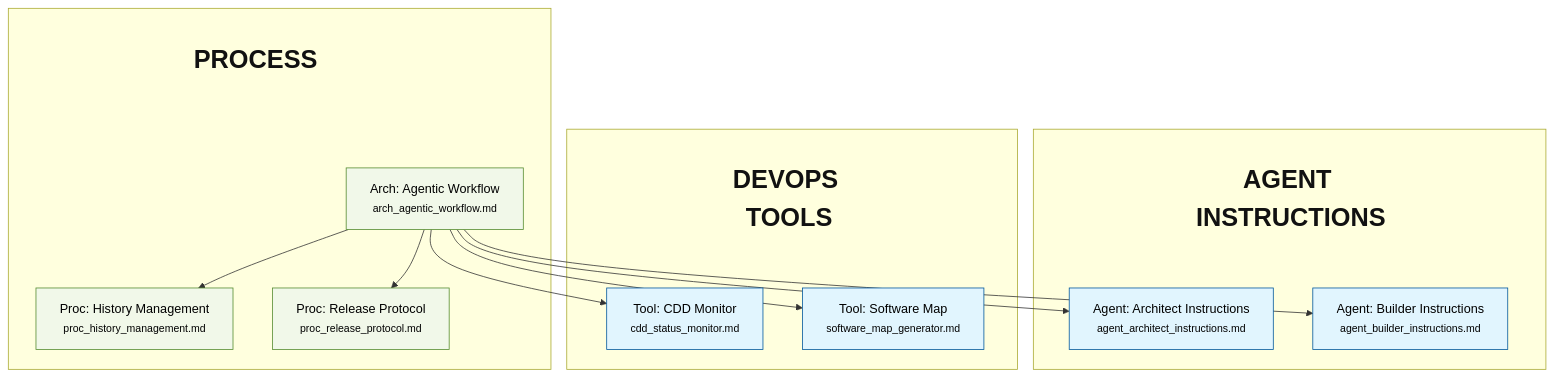
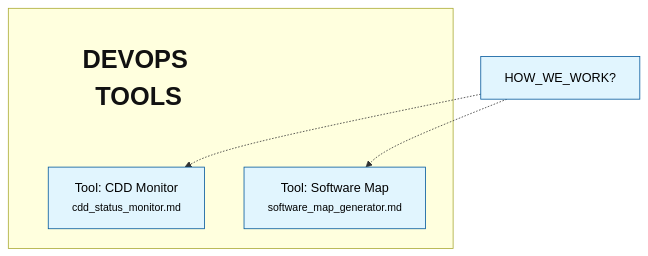
Before and after one commit to rlabarca/purlin: the diagram in README.md, drawn with Mermaid. The commit also changed 11 other files, not shown here.

First line of the commit message:
feat(devops): Add cycle detection, dependency_graph.json, file watching, and fix CDD monitor

````diff
--- a/README.md
+++ b/README.md
@@ -52,54 +52,27 @@
 ```mermaid
 flowchart TD
 
-
-    subgraph Agent_Instructions [" "]
-        title_Agent_Instructions["AGENT INSTRUCTIONS"]
-        agent_architect_instructions["Agent: Architect Instructions<br/><small>agent_architect_instructions.md</small>"]
-        title_Agent_Instructions ~~~ agent_architect_instructions
-        agent_builder_instructions["Agent: Builder Instructions<br/><small>agent_builder_instructions.md</small>"]
-        title_Agent_Instructions ~~~ agent_builder_instructions
-    end
 
     subgraph DevOps_Tools [" "]
         title_DevOps_Tools["DEVOPS TOOLS"]
         cdd_status_monitor["Tool: CDD Monitor<br/><small>cdd_status_monitor.md</small>"]
         title_DevOps_Tools ~~~ cdd_status_monitor
         software_map_generator["Tool: Software Map<br/><small>software_map_generator.md</small>"]
         title_DevOps_Tools ~~~ software_map_generator
     end
 
-    subgraph Process [" "]
-        title_Process["PROCESS"]
-        arch_agentic_workflow["Arch: Agentic Workflow<br/><small>arch_agentic_workflow.md</small>"]
-        title_Process ~~~ arch_agentic_workflow
-        proc_history_management["Proc: History Management<br/><small>proc_history_management.md</small>"]
-        title_Process ~~~ proc_history_management
-        proc_release_protocol["Proc: Release Protocol<br/><small>proc_release_protocol.md</small>"]
-        title_Process ~~~ proc_release_protocol
-    end
-
     %% Relationships
-    arch_agentic_workflow --> agent_architect_instructions
-    arch_agentic_workflow --> agent_builder_instructions
-    arch_agentic_workflow --> cdd_status_monitor
-    arch_agentic_workflow --> proc_history_management
-    arch_agentic_workflow --> proc_release_protocol
-    arch_agentic_workflow --> software_map_generator
+    HOW_WE_WORK["HOW_WE_WORK?"] -.-> cdd_status_monitor
+    HOW_WE_WORK["HOW_WE_WORK?"] -.-> software_map_generator
 
     %% Styling Definitions
     classDef default fill:#e1f5fe,stroke:#01579b,stroke-width:1px,color:black;
     classDef release fill:#f96,stroke:#333,stroke-width:2px,color:black,font-weight:bold;
     classDef hardware fill:#e8f5e9,stroke:#2e7d32,stroke-width:1px,color:black;
     classDef ui fill:#f3e5f5,stroke:#7b1fa2,stroke-width:1px,color:black;
     classDef process fill:#f1f8e9,stroke:#558b2f,stroke-width:1px,color:black;
     classDef subgraphTitle fill:none,stroke:none,color:#111,font-size:32px,font-weight:bold;
 
     %% Style Applications
-    class title_Agent_Instructions subgraphTitle;
     class title_DevOps_Tools subgraphTitle;
-    class title_Process subgraphTitle;
-    class arch_agentic_workflow process;
-    class proc_history_management process;
-    class proc_release_protocol process;
 ```
````
